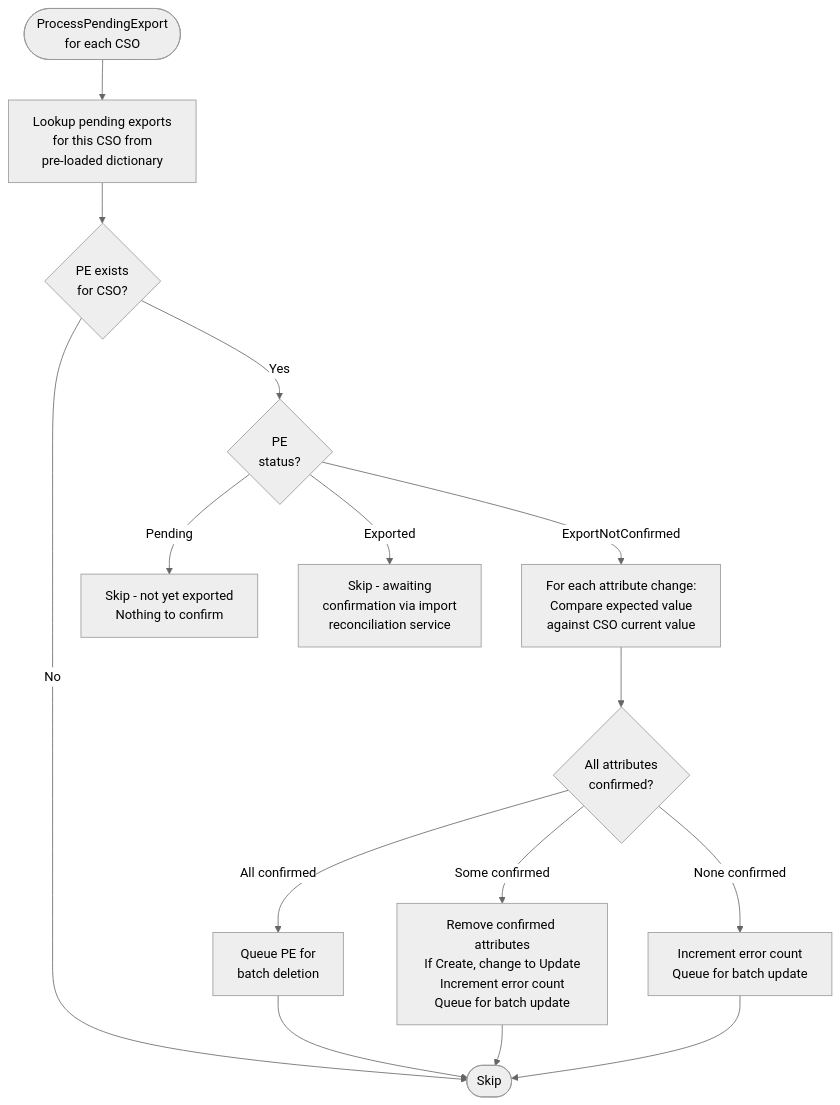
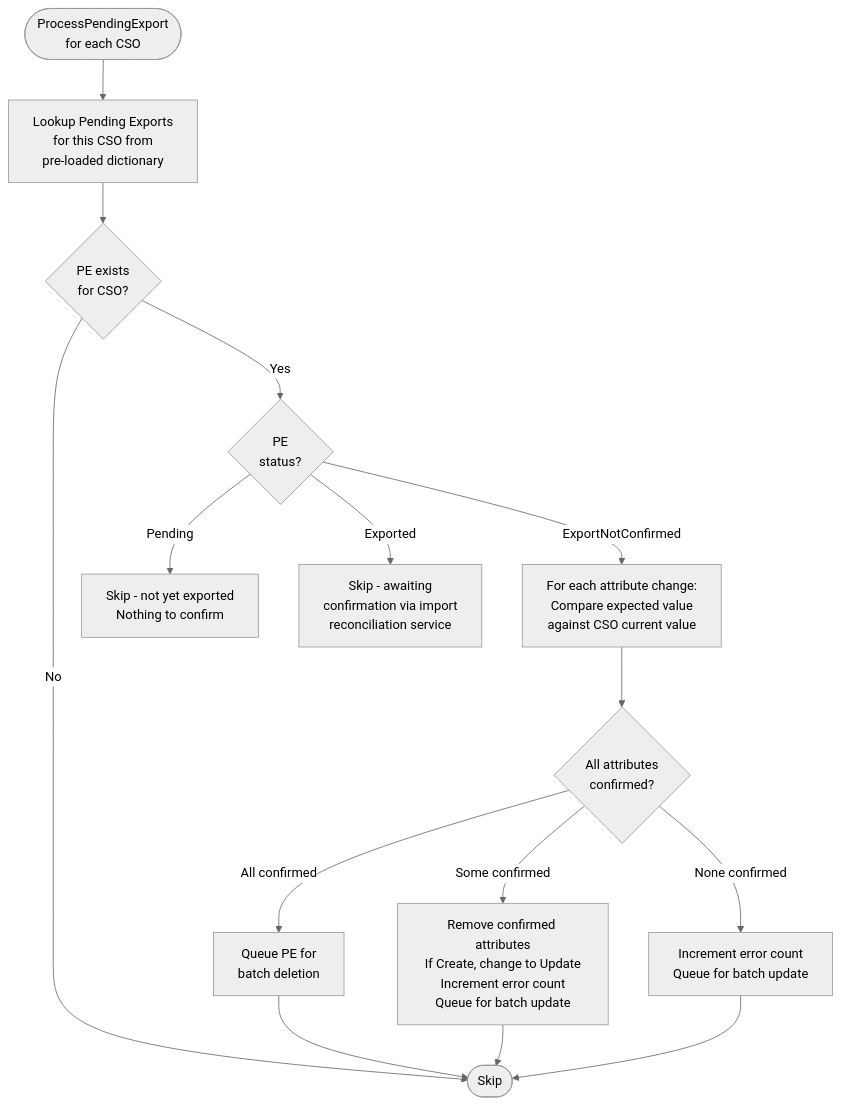
Before and after one commit to TetronIO/JIM: the third of 6 diagrams in docs/developer/diagrams/PENDING_EXPORT_LIFECYCLE.md, drawn with Mermaid (neutral theme). The commit also changed other lines of this file and 389 other files, not shown here.

First line of the commit message:
Tabbed Synchronisation Rule editor, Schema sub-tabs, and UI text polish (#853)

````diff
--- a/docs/developer/diagrams/PENDING_EXPORT_LIFECYCLE.md
+++ b/docs/developer/diagrams/PENDING_EXPORT_LIFECYCLE.md
@@ -110,20 +110,20 @@
 ```mermaid
 flowchart TD
-    Start([ProcessPendingExport<br/>for each CSO]) --> LookupPE[Lookup pending exports<br/>for this CSO from<br/>pre-loaded dictionary]
+    Start([ProcessPendingExport<br/>for each CSO]) --> LookupPE[Lookup Pending Exports<br/>for this CSO from<br/>pre-loaded dictionary]
     LookupPE --> HasPE{PE exists<br/>for CSO?}
     HasPE -->|No| Done([Skip])
 
     HasPE -->|Yes| CheckStatus{PE<br/>status?}
     CheckStatus -->|Pending| SkipPending[Skip - not yet exported<br/>Nothing to confirm]
     CheckStatus -->|Exported| SkipExported[Skip - awaiting<br/>confirmation via import<br/>reconciliation service]
     CheckStatus -->|ExportNotConfirmed| CompareAttrs[For each attribute change:<br/>Compare expected value<br/>against CSO current value]
 
     CompareAttrs --> MatchResult{All attributes<br/>confirmed?}
     MatchResult -->|All confirmed| QueueDelete[Queue PE for<br/>batch deletion]
     MatchResult -->|Some confirmed| QueuePartialUpdate[Remove confirmed attributes<br/>If Create, change to Update<br/>Increment error count<br/>Queue for batch update]
     MatchResult -->|None confirmed| QueueFullUpdate[Increment error count<br/>Queue for batch update]
 
     QueueDelete --> Done
     QueuePartialUpdate --> Done
     QueueFullUpdate --> Done
 ```
````
